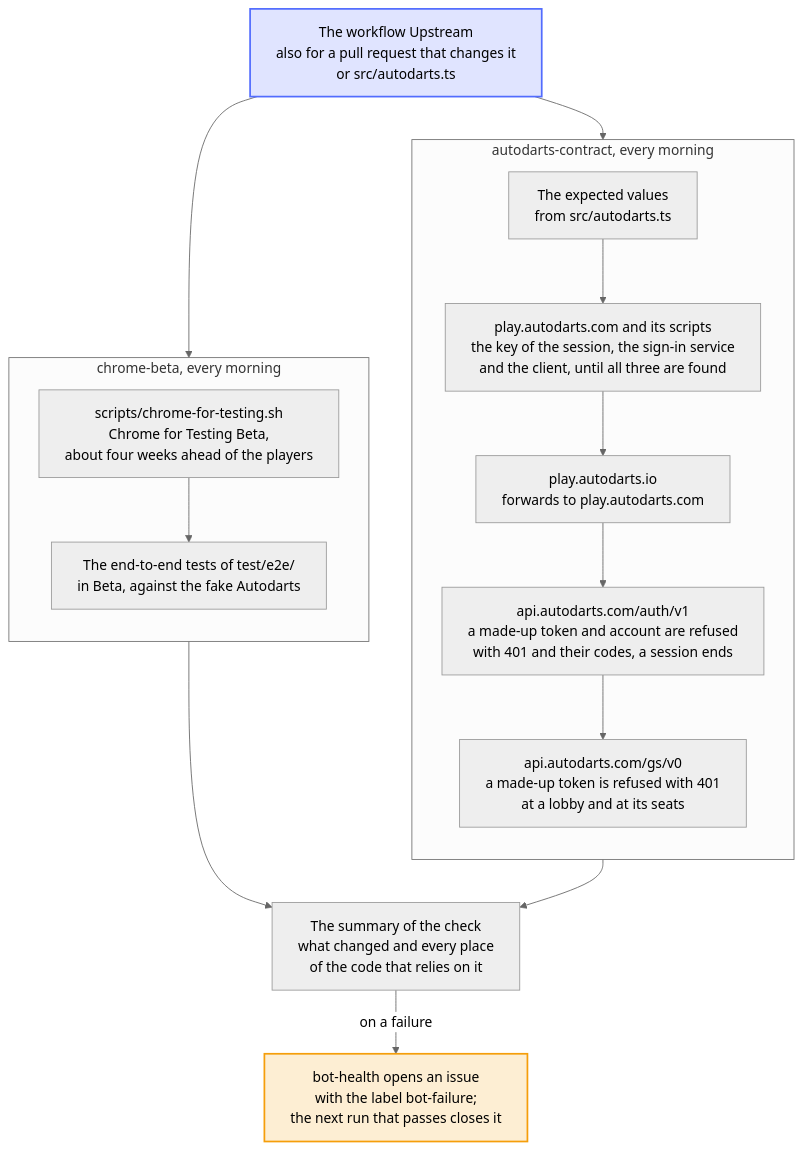
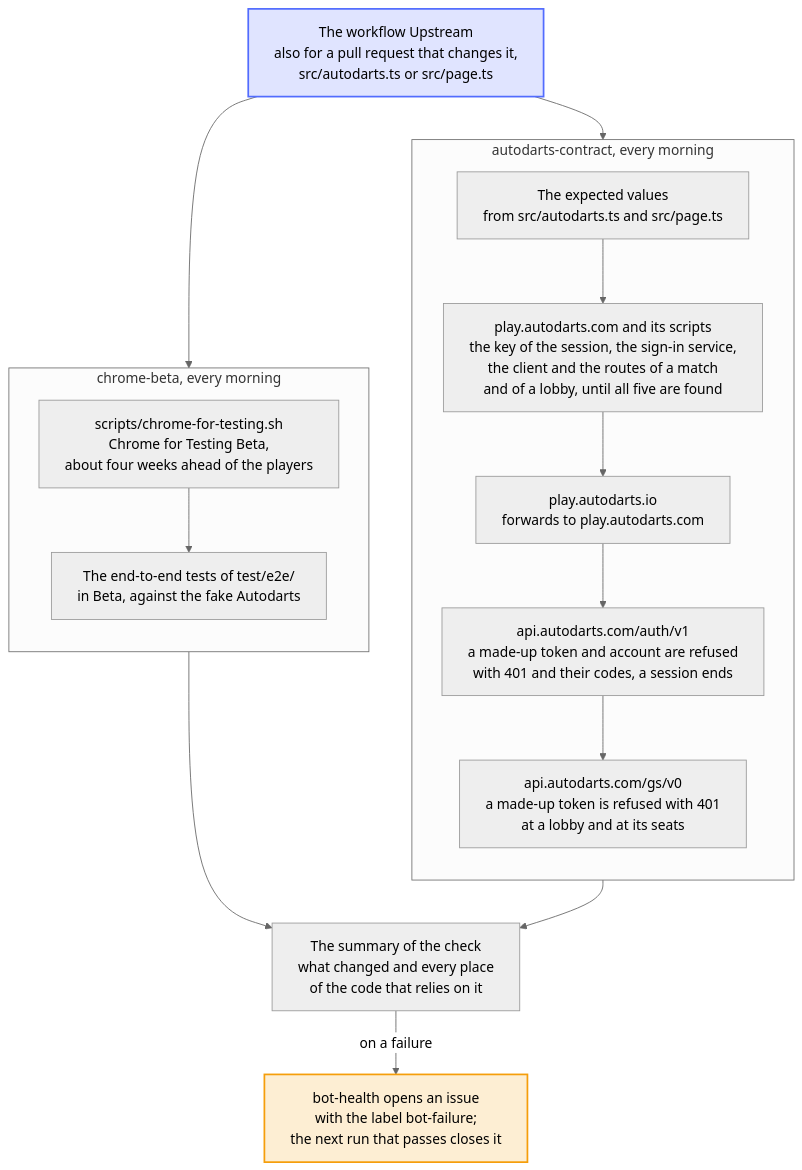
Before and after one commit to Dennis-Otto/player-switch-for-autodarts: the diagram in docs/diagrams/how-the-upstream-checks-work.mmd, drawn with Mermaid (neutral theme). The commit also changed 12 other files, not shown here.

First line of the commit message:
ci(upstream): watch the addresses of a match and of a lobby in Autodarts Play (#258)

```diff
--- a/docs/diagrams/how-the-upstream-checks-work.mmd
+++ b/docs/diagrams/how-the-upstream-checks-work.mmd
@@ -1,45 +1,45 @@
 ---
 config:
   flowchart:
     wrappingWidth: 400
 ---
 flowchart TB
     accTitle: How the upstream checks work
-    accDescr: The workflow Upstream runs two checks of what the extension relies on but doesn't control. Every morning, autodarts-contract takes the expected values from src/autodarts.ts and asks the real Autodarts with made-up data only, about a dozen requests: it looks for the key of the session, the sign-in service and the client in the code of play.autodarts.com, script by script until it has found all three, follows the forward of play.autodarts.io, sends a made-up token, a made-up account and the end of a made-up session to the sign-in service, and a made-up token to a made-up lobby and its seats at the game service, through the functions of the extension. Every morning as well, chrome-beta downloads Chrome for Testing Beta, the next version of Chrome, and runs the end-to-end tests in it against the fake Autodarts. When either fails, its summary names what changed and where the code relies on it, and the bot-health bot opens an issue with the label bot-failure, which the next run that passes closes.
+    accDescr: The workflow Upstream runs two checks of what the extension relies on but doesn't control. Every morning, autodarts-contract takes the expected values from src/autodarts.ts and src/page.ts and asks the real Autodarts with made-up data only, about a dozen requests: it looks for the key of the session, the sign-in service, the client and the scripts of the routes of a match and of a lobby in the code of play.autodarts.com, its page first and then script by script until it has found all five, follows the forward of play.autodarts.io, sends a made-up token, a made-up account and the end of a made-up session to the sign-in service, and a made-up token to a made-up lobby and its seats at the game service, through the functions of the extension. Every morning as well, chrome-beta downloads Chrome for Testing Beta, the next version of Chrome, and runs the end-to-end tests in it against the fake Autodarts. When either fails, its summary names what changed and where the code relies on it, and the bot-health bot opens an issue with the label bot-failure, which the next run that passes closes.
 
-    workflow["The workflow Upstream<br>also for a pull request that changes it<br>or src/autodarts.ts"]
+    workflow["The workflow Upstream<br>also for a pull request that changes it,<br>src/autodarts.ts or src/page.ts"]
 
     subgraph daily ["autodarts-contract, every morning"]
         direction TB
-        values["The expected values<br>from src/autodarts.ts"]
-        page["play.autodarts.com and its scripts<br>the key of the session, the sign-in service<br>and the client, until all three are found"]
+        values["The expected values<br>from src/autodarts.ts and src/page.ts"]
+        page["play.autodarts.com and its scripts<br>the key of the session, the sign-in service,<br>the client and the routes of a match<br>and of a lobby, until all five are found"]
         forward["play.autodarts.io<br>forwards to play.autodarts.com"]
         auth["api.autodarts.com/auth/v1<br>a made-up token and account are refused<br>with 401 and their codes, a session ends"]
         game["api.autodarts.com/gs/v0<br>a made-up token is refused with 401<br>at a lobby and at its seats"]
         values --> page
         page --> forward
         forward --> auth
         auth --> game
     end
 
     subgraph beta ["chrome-beta, every morning"]
         direction TB
         download["scripts/chrome-for-testing.sh<br>Chrome for Testing Beta,<br>about four weeks ahead of the players"]
         tests["The end-to-end tests of test/e2e/<br>in Beta, against the fake Autodarts"]
         download --> tests
     end
 
     workflow --> values
     workflow --> download
 
     report["The summary of the check<br>what changed and every place<br>of the code that relies on it"]
     game --> report
     tests --> report
 
     issue["bot-health opens an issue<br>with the label bot-failure;<br>the next run that passes closes it"]
     report -->|on a failure| issue
 
     classDef bot fill:#526cfe2e,stroke:#526cfe,stroke-width:2px
     classDef person fill:#f59e0b2e,stroke:#f59e0b,stroke-width:2px
     class workflow bot
     class issue person
```
